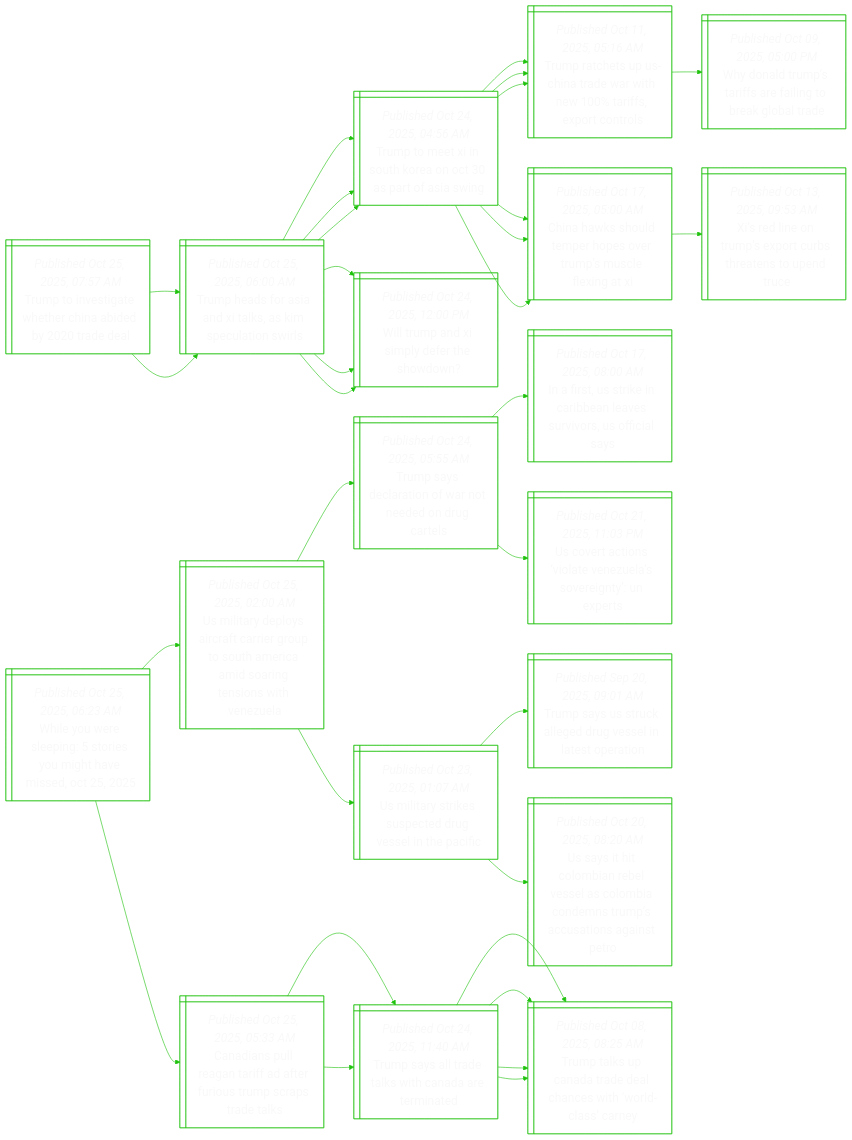
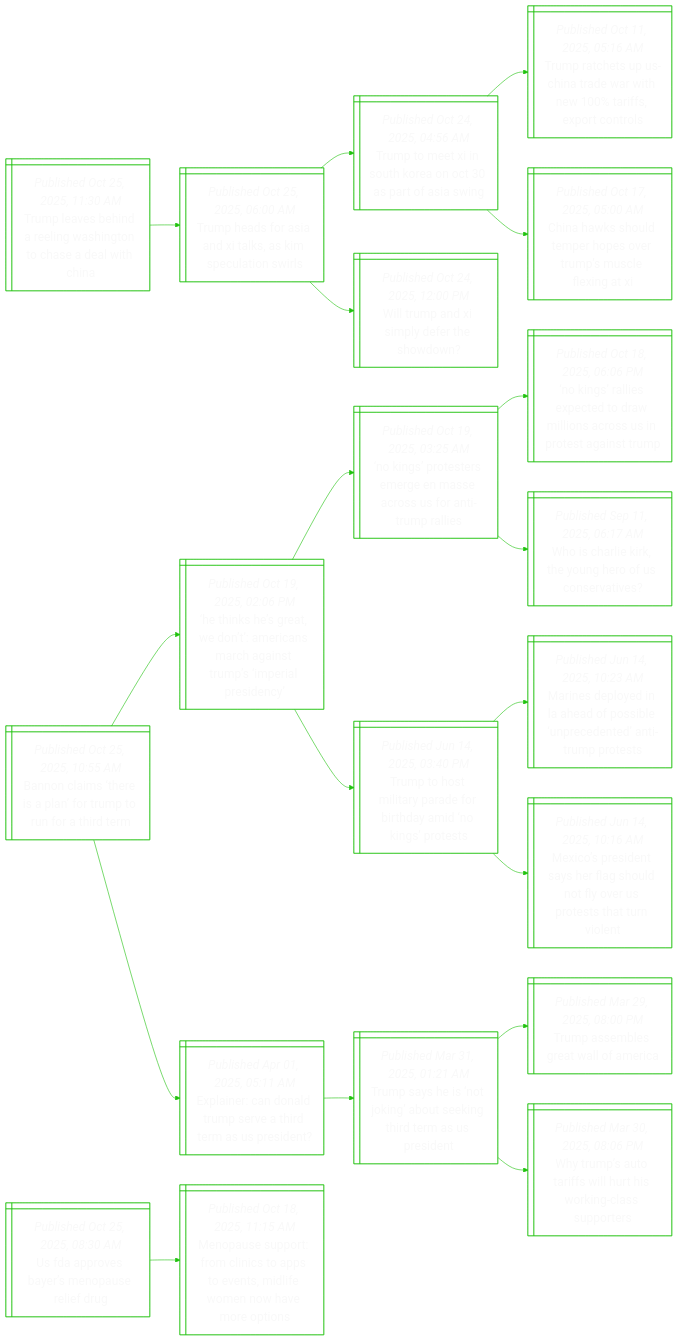
The diagram in README.md (notJmes/notJmes), drawn with Mermaid before and after one commit. The commit also changed other lines of this file, not shown here.

````diff
--- a/README.md
+++ b/README.md
@@ -16,18 +16,8 @@
 flowchart LR
 classDef txtsize font-size:20px;
 
-TteaeCadaa@{ shape: win-pane, label: "_Published Oct 25, 2025, 07:57 AM_
-Trump to investigate whether china abided by 2020 trade deal" }
-ThfiXkicii@{ shape: win-pane, label: "_Published Oct 25, 2025, 06:00 AM_
-Trump heads for asia and xi talks, as kim speculation swirls" }
-TttSKoatin@{ shape: win-pane, label: "_Published Oct 24, 2025, 04:56 AM_
-Trump to meet xi in south korea on oct 30 as part of asia swing" }
-TreUndweixco@{ shape: win-pane, label: "_Published Oct 11, 2025, 05:16 AM_
-Trump ratchets up us-china trade war with new 100% tariffs, export controls" }
-Chsdeerpcea@{ shape: win-pane, label: "_Published Oct 17, 2025, 05:00 AM_
-China hawks should temper hopes over trump’s muscle flexing at xi" }
-Wrnidton@{ shape: win-pane, label: "_Published Oct 24, 2025, 12:00 PM_
-Will trump and xi simply defer the showdown?" }
+TlsneWntsaha@{ shape: win-pane, label: "_Published Oct 25, 2025, 11:30 AM_
+Trump leaves behind a reeling washington to chase a deal with china" }
 ThfiXkicii@{ shape: win-pane, label: "_Published Oct 25, 2025, 06:00 AM_
 Trump heads for asia and xi talks, as kim speculation swirls" }
 TttSKoatin@{ shape: win-pane, label: "_Published Oct 24, 2025, 04:56 AM_
@@ -39,83 +29,54 @@
 Wrnidton@{ shape: win-pane, label: "_Published Oct 24, 2025, 12:00 PM_
 Will trump and xi simply defer the showdown?" }
 
-TteaeCadaa:::txtsize --> ThfiXkicii:::txtsize
-ThfiXkicii:::txtsize --> TttSKoatin:::txtsize
-TttSKoatin:::txtsize --> TreUndweixco:::txtsize
-TttSKoatin:::txtsize --> Chsdeerpcea:::txtsize
-ThfiXkicii:::txtsize --> Wrnidton:::txtsize
-TteaeCadaa:::txtsize --> ThfiXkicii:::txtsize
+TlsneWntsaha:::txtsize --> ThfiXkicii:::txtsize
 ThfiXkicii:::txtsize --> TttSKoatin:::txtsize
 TttSKoatin:::txtsize --> TreUndweixco:::txtsize
 TttSKoatin:::txtsize --> Chsdeerpcea:::txtsize
 ThfiXkicii:::txtsize --> Wrnidton:::txtsize
 
-WYresemhiO@{ shape: win-pane, label: "_Published Oct 25, 2025, 06:23 AM_
-While you were sleeping: 5 stories you might have missed, oct 25, 2025" }
-Uidycceuomasnswee@{ shape: win-pane, label: "_Published Oct 25, 2025, 02:00 AM_
-Us military deploys aircraft carrier group to south america amid soaring tensions with venezuela" }
-Tseaonencl@{ shape: win-pane, label: "_Published Oct 24, 2025, 05:55 AM_
-Trump says declaration of war not needed on drug cartels" }
-Irseravrrfas@{ shape: win-pane, label: "_Published Oct 17, 2025, 08:00 AM_
-In a first, us strike in caribbean leaves survivors, us official says" }
-Uetvteaenet@{ shape: win-pane, label: "_Published Oct 21, 2025, 11:03 PM_
-Us covert actions ‘violate venezuela’s sovereignty’: un experts" }
-Uisepdvlef@{ shape: win-pane, label: "_Published Oct 23, 2025, 01:07 AM_
-Us military strikes suspected drug vessel in the pacific" }
-TsScersnsrn@{ shape: win-pane, label: "_Published Sep 20, 2025, 09:01 AM_
-Trump says us struck alleged drug vessel in latest operation" }
-Ustmrvllaeraasnt@{ shape: win-pane, label: "_Published Oct 20, 2025, 08:20 AM_
-Us says it hit colombian rebel vessel as colombia condemns trump’s accusations against petro" }
-Ciuaaaeirctt@{ shape: win-pane, label: "_Published Oct 25, 2025, 05:33 AM_
-Canadians pull reagan tariff ad after furious trump scraps trade talks" }
-Tsldkhdtn@{ shape: win-pane, label: "_Published Oct 24, 2025, 11:40 AM_
-Trump says all trade talks with canada are terminated" }
-Ttuaaanirar@{ shape: win-pane, label: "_Published Oct 08, 2025, 08:25 AM_
-Trump talks up canada trade deal chances with ‘world-class’ carney" }
-Ttuaaanirar@{ shape: win-pane, label: "_Published Oct 08, 2025, 08:25 AM_
-Trump talks up canada trade deal chances with ‘world-class’ carney" }
-Tsldkhdtn@{ shape: win-pane, label: "_Published Oct 24, 2025, 11:40 AM_
-Trump says all trade talks with canada are terminated" }
-Ttuaaanirar@{ shape: win-pane, label: "_Published Oct 08, 2025, 08:25 AM_
-Trump talks up canada trade deal chances with ‘world-class’ carney" }
-Ttuaaanirar@{ shape: win-pane, label: "_Published Oct 08, 2025, 08:25 AM_
-Trump talks up canada trade deal chances with ‘world-class’ carney" }
+Bnmrpomuad@{ shape: win-pane, label: "_Published Oct 25, 2025, 10:55 AM_
+Bannon claims ‘there is a plan’ for trump to run for a third term" }
+Hnstnrshnumasc@{ shape: win-pane, label: "_Published Oct 19, 2025, 02:06 PM_
+‘he thinks he’s great, we don’t’: americans march against trump’s ‘imperial presidency’" }
+NgtrrmasrTre@{ shape: win-pane, label: "_Published Oct 19, 2025, 03:25 AM_
+‘no kings’ protesters emerge en masse across us for anti-trump rallies" }
+NglxerlssneaT@{ shape: win-pane, label: "_Published Oct 18, 2025, 06:06 PM_
+‘no kings’ rallies expected to draw millions across us in protest against trump" }
+WCikoeUst@{ shape: win-pane, label: "_Published Sep 11, 2025, 06:17 AM_
+Who is charlie kirk, the young hero of us conservatives?" }
+TtttafryNgt@{ shape: win-pane, label: "_Published Jun 14, 2025, 03:40 PM_
+Trump to host military parade for birthday amid ‘no kings’ protests" }
+Melihfineeipe@{ shape: win-pane, label: "_Published Jun 14, 2025, 10:23 AM_
+Marines deployed in la ahead of possible ‘unprecedented’ anti-trump protests" }
+Mosthautvpsane@{ shape: win-pane, label: "_Published Jun 14, 2025, 10:16 AM_
+Mexico’s president says her flag should not fly over us protests that turn violent" }
+EiaaurheUst@{ shape: win-pane, label: "_Published Apr 01, 2025, 05:11 AM_
+Explainer: can donald trump serve a third term as us president?" }
+TsetnukheUst@{ shape: win-pane, label: "_Published Mar 31, 2025, 01:21 AM_
+Trump says he is ‘not joking’ about seeking third term as us president" }
+TabraAc@{ shape: win-pane, label: "_Published Mar 29, 2025, 08:00 PM_
+Trump assembles great wall of america" }
+Wuurwusiape@{ shape: win-pane, label: "_Published Mar 30, 2025, 08:06 PM_
+Why trump’s auto tariffs will hurt his working-class supporters" }
 
-WYresemhiO:::txtsize --> Uidycceuomasnswee:::txtsize
-Uidycceuomasnswee:::txtsize --> Tseaonencl:::txtsize
-Tseaonencl:::txtsize --> Irseravrrfas:::txtsize
-Tseaonencl:::txtsize --> Uetvteaenet:::txtsize
-Uidycceuomasnswee:::txtsize --> Uisepdvlef:::txtsize
-Uisepdvlef:::txtsize --> TsScersnsrn:::txtsize
-Uisepdvlef:::txtsize --> Ustmrvllaeraasnt:::txtsize
-WYresemhiO:::txtsize --> Ciuaaaeirctt:::txtsize
-Ciuaaaeirctt:::txtsize --> Tsldkhdtn:::txtsize
-Tsldkhdtn:::txtsize --> Ttuaaanirar:::txtsize
-Tsldkhdtn:::txtsize --> Ttuaaanirar:::txtsize
-Ciuaaaeirctt:::txtsize --> Tsldkhdtn:::txtsize
-Tsldkhdtn:::txtsize --> Ttuaaanirar:::txtsize
-Tsldkhdtn:::txtsize --> Ttuaaanirar:::txtsize
+Bnmrpomuad:::txtsize --> Hnstnrshnumasc:::txtsize
+Hnstnrshnumasc:::txtsize --> NgtrrmasrTre:::txtsize
+NgtrrmasrTre:::txtsize --> NglxerlssneaT:::txtsize
+NgtrrmasrTre:::txtsize --> WCikoeUst:::txtsize
+Hnstnrshnumasc:::txtsize --> TtttafryNgt:::txtsize
+TtttafryNgt:::txtsize --> Melihfineeipe:::txtsize
+TtttafryNgt:::txtsize --> Mosthautvpsane:::txtsize
+Bnmrpomuad:::txtsize --> EiaaurheUst:::txtsize
+EiaaurheUst:::txtsize --> TsetnukheUst:::txtsize
+TsetnukheUst:::txtsize --> TabraAc:::txtsize
+TsetnukheUst:::txtsize --> Wuurwusiape:::txtsize
 
-ThfiXkicii@{ shape: win-pane, label: "_Published Oct 25, 2025, 06:00 AM_
-Trump heads for asia and xi talks, as kim speculation swirls" }
-TttSKoatin@{ shape: win-pane, label: "_Published Oct 24, 2025, 04:56 AM_
-Trump to meet xi in south korea on oct 30 as part of asia swing" }
-TreUndweixco@{ shape: win-pane, label: "_Published Oct 11, 2025, 05:16 AM_
-Trump ratchets up us-china trade war with new 100% tariffs, export controls" }
-Wnrtffnrlt@{ shape: win-pane, label: "_Published Oct 09, 2025, 05:00 PM_
-Why donald trump’s tariffs are failing to break global trade" }
-Chsdeerpcea@{ shape: win-pane, label: "_Published Oct 17, 2025, 05:00 AM_
-China hawks should temper hopes over trump’s muscle flexing at xi" }
-Xdompuheut@{ shape: win-pane, label: "_Published Oct 13, 2025, 09:53 AM_
-Xi’s red line on trump’s export curbs threatens to upend truce" }
-Wrnidton@{ shape: win-pane, label: "_Published Oct 24, 2025, 12:00 PM_
-Will trump and xi simply defer the showdown?" }
+Uavyeulr@{ shape: win-pane, label: "_Published Oct 25, 2025, 08:30 AM_
+Us fda approves bayer’s menopause relief drug" }
+Mautccpesimwmps@{ shape: win-pane, label: "_Published Oct 18, 2025, 11:15 AM_
+Menopause support: from clinics to apps to events, midlife women now have more options" }
 
-ThfiXkicii:::txtsize --> TttSKoatin:::txtsize
-TttSKoatin:::txtsize --> TreUndweixco:::txtsize
-TreUndweixco:::txtsize --> Wnrtffnrlt:::txtsize
-TttSKoatin:::txtsize --> Chsdeerpcea:::txtsize
-Chsdeerpcea:::txtsize --> Xdompuheut:::txtsize
-ThfiXkicii:::txtsize --> Wrnidton:::txtsize
+Uavyeulr:::txtsize --> Mautccpesimwmps:::txtsize
 
 ```
````
